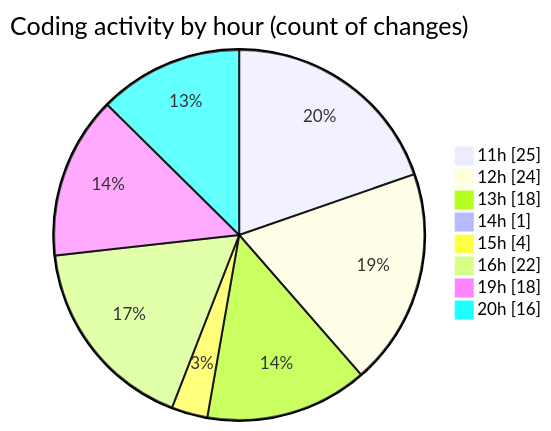
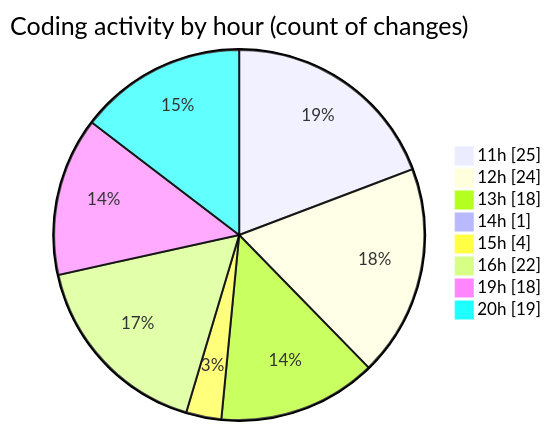
One commit to MatusMokan/code-tracking changed the second of 2 diagrams in 2025-04-12/myws__workspace_/README.md. Above: the diagram before and after it, drawn with Mermaid. The commit also changed other lines of this file and 1 other file, not shown here.

````diff
--- a/2025-04-12/myws__workspace_/README.md
+++ b/2025-04-12/myws__workspace_/README.md
@@ -37,12 +37,12 @@
 ```mermaid
 pie showData
 title Coding activity by hour (count of changes)
 "11h" : 25
 "12h" : 24
 "13h" : 18
 "14h" : 1
 "15h" : 4
 "16h" : 22
 "19h" : 18
-"20h" : 16
+"20h" : 19
 ```
````
